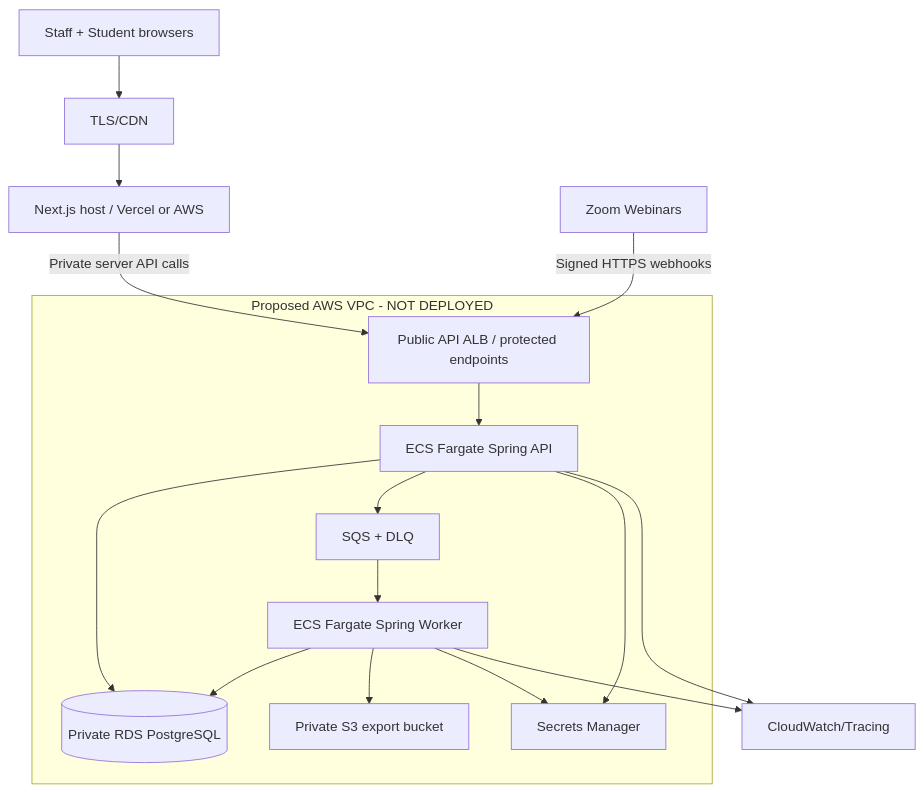
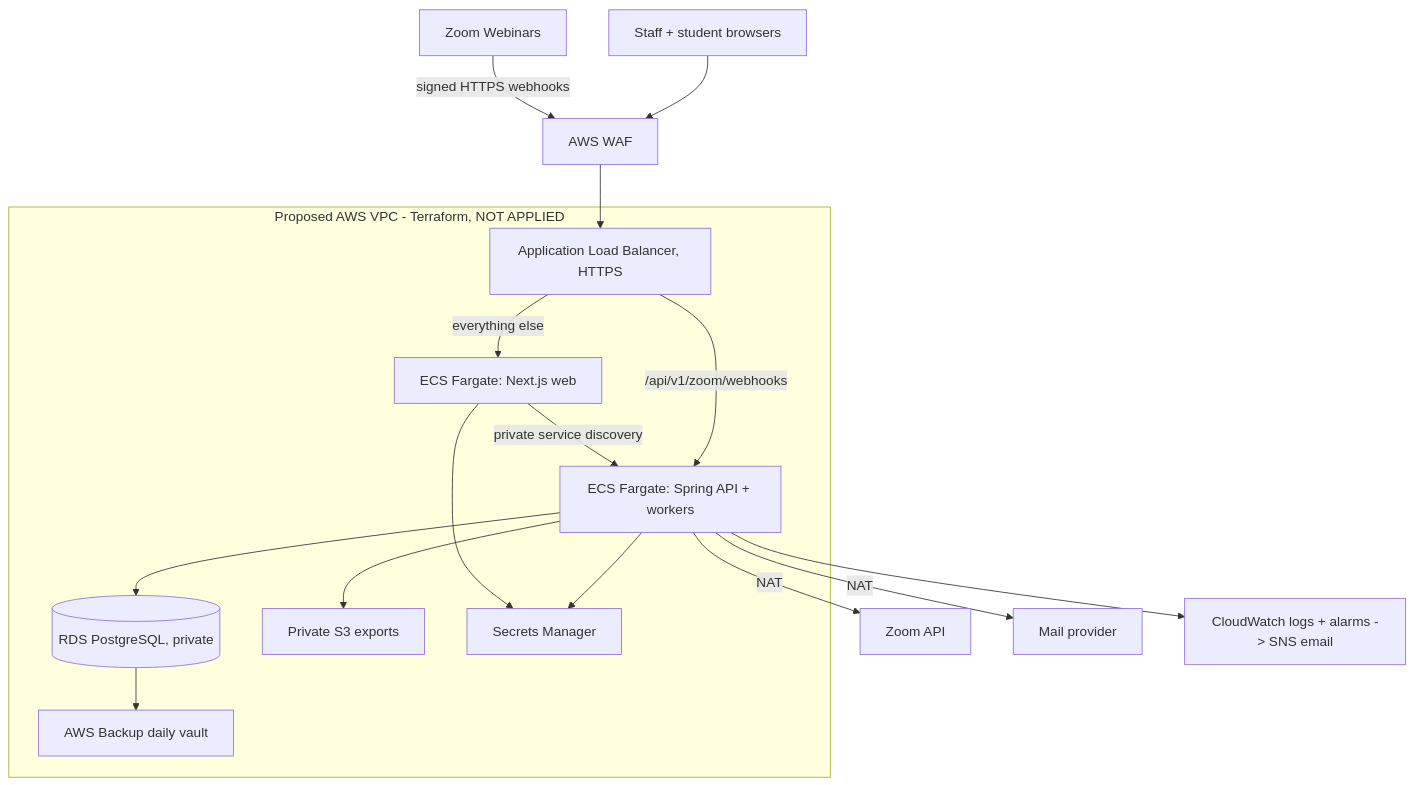
One commit to Suthankan1/luma-pca changed the diagram in docs/diagrams/deployment.mmd. Above: the diagram before and after it, drawn with Mermaid. The commit also changed 20 other files, not shown here.

```diff
--- a/docs/diagrams/deployment.mmd
+++ b/docs/diagrams/deployment.mmd
@@ -1,17 +1,17 @@
 flowchart TB
-  browser[Staff + Student browsers] --> tls[TLS/CDN]
-  tls --> vercel[Next.js host / Vercel or AWS]
-  vercel -->|Private server API calls| alb[Public API ALB / protected endpoints]
-  zoom[Zoom Webinars] -->|Signed HTTPS webhooks| alb
-  subgraph VPC[Proposed AWS VPC - NOT DEPLOYED]
-    alb --> api[ECS Fargate Spring API]
-    api --> rds[(Private RDS PostgreSQL)]
-    api --> q[SQS + DLQ]
-    q --> worker[ECS Fargate Spring Worker]
-    worker --> rds
-    worker --> s3[Private S3 export bucket]
+  browser[Staff + student browsers] --> waf[AWS WAF]
+  zoom[Zoom Webinars] -->|signed HTTPS webhooks| waf
+  waf --> alb[Application Load Balancer, HTTPS]
+  subgraph VPC[Proposed AWS VPC - Terraform, NOT APPLIED]
+    alb -->|everything else| web[ECS Fargate: Next.js web]
+    alb -->|/api/v1/zoom/webhooks| api[ECS Fargate: Spring API + workers]
+    web -->|private service discovery| api
+    api --> rds[(RDS PostgreSQL, private)]
+    api --> s3[Private S3 exports]
     api --> sm[Secrets Manager]
-    worker --> sm
+    web --> sm
+    rds --> backup[AWS Backup daily vault]
   end
-  api --> cw[CloudWatch/Tracing]
-  worker --> cw
+  api -->|NAT| zoomapi[Zoom API]
+  api -->|NAT| smtp[Mail provider]
+  api --> cw[CloudWatch logs + alarms -> SNS email]
```
